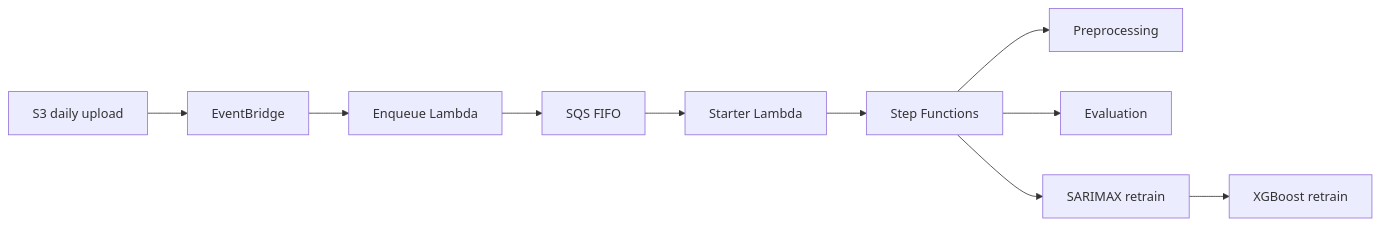
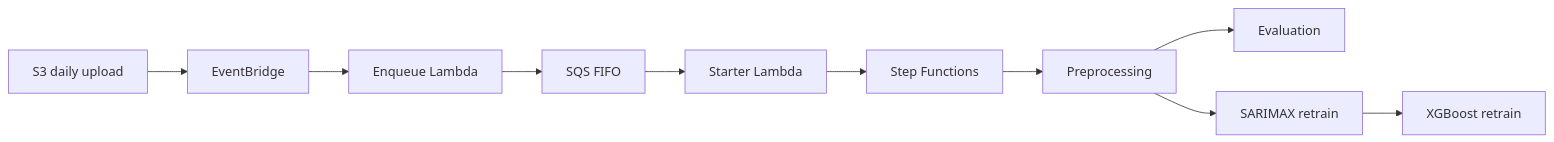
Before and after one commit to zani-t/store-sales-aws: the diagram in ARCHITECTURE.md, drawn with Mermaid. The commit also changed other lines of this file and 5 other files, not shown here.

````diff
--- a/ARCHITECTURE.md
+++ b/ARCHITECTURE.md
@@ -7,12 +7,12 @@
 ```mermaid
 flowchart LR
   S3[S3 daily upload] --> EB[EventBridge]
   EB --> EQ[Enqueue Lambda]
   EQ --> Q[SQS FIFO]
   Q --> ST[Starter Lambda]
   ST --> SF[Step Functions]
   SF --> PP[Preprocessing]
-  SF --> EV[Evaluation]
-  SF --> SMX[SARIMAX retrain]
+  PP --> EV[Evaluation]
+  PP --> SMX[SARIMAX retrain]
   SMX --> XGB[XGBoost retrain]
 ```
````
